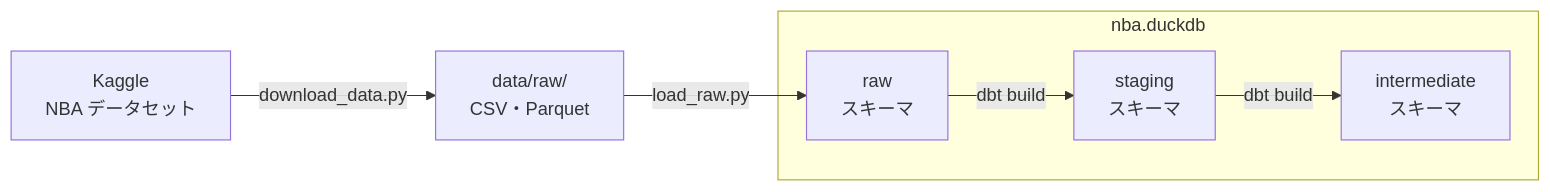
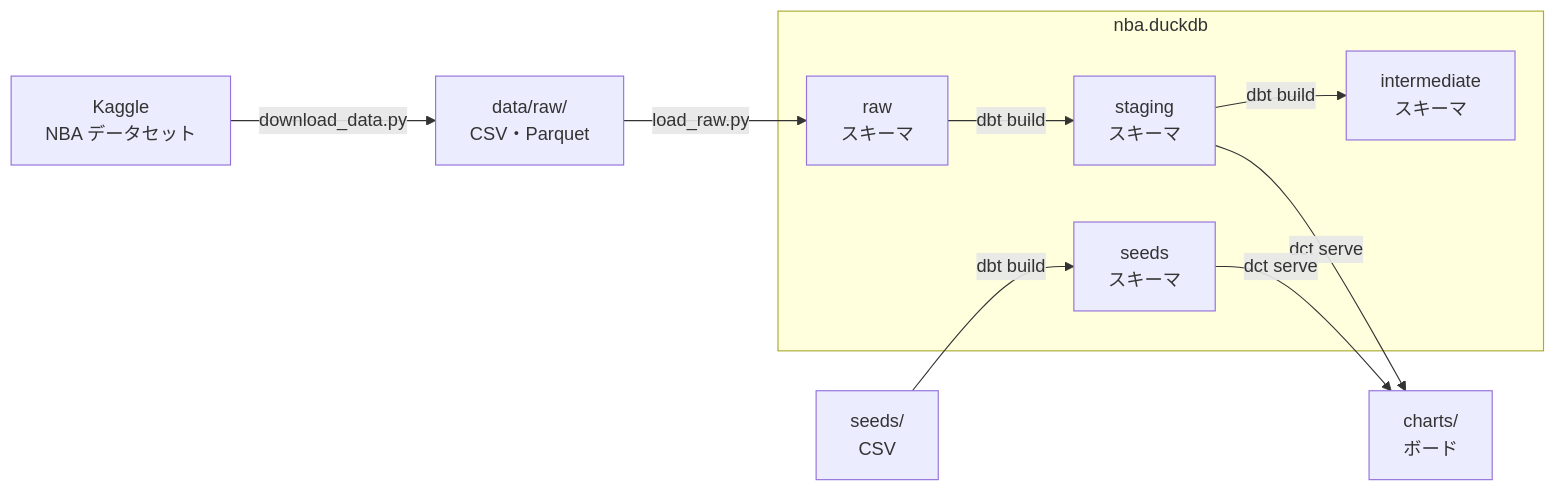
One commit to ryatora/nba-dbt-playground changed the diagram in README.md. Above: the diagram before and after it, drawn with Mermaid.

Commit message:
README のデータの流れに seed とボードを足す

````diff
--- a/README.md
+++ b/README.md
@@ -70,9 +70,13 @@
 ```mermaid
 flowchart LR
     kaggle["Kaggle<br>NBA データセット"] -->|download_data.py| raw_files["data/raw/<br>CSV・Parquet"]
     raw_files -->|load_raw.py| raw_schema
+    seed_files["seeds/<br>CSV"] -->|dbt build| seeds_schema
     subgraph duckdb["nba.duckdb"]
         raw_schema["raw<br>スキーマ"] -->|dbt build| staging["staging<br>スキーマ"]
         staging -->|dbt build| intermediate["intermediate<br>スキーマ"]
+        seeds_schema["seeds<br>スキーマ"]
     end
+    staging -->|dct serve| charts["charts/<br>ボード"]
+    seeds_schema -->|dct serve| charts
 ```
````
